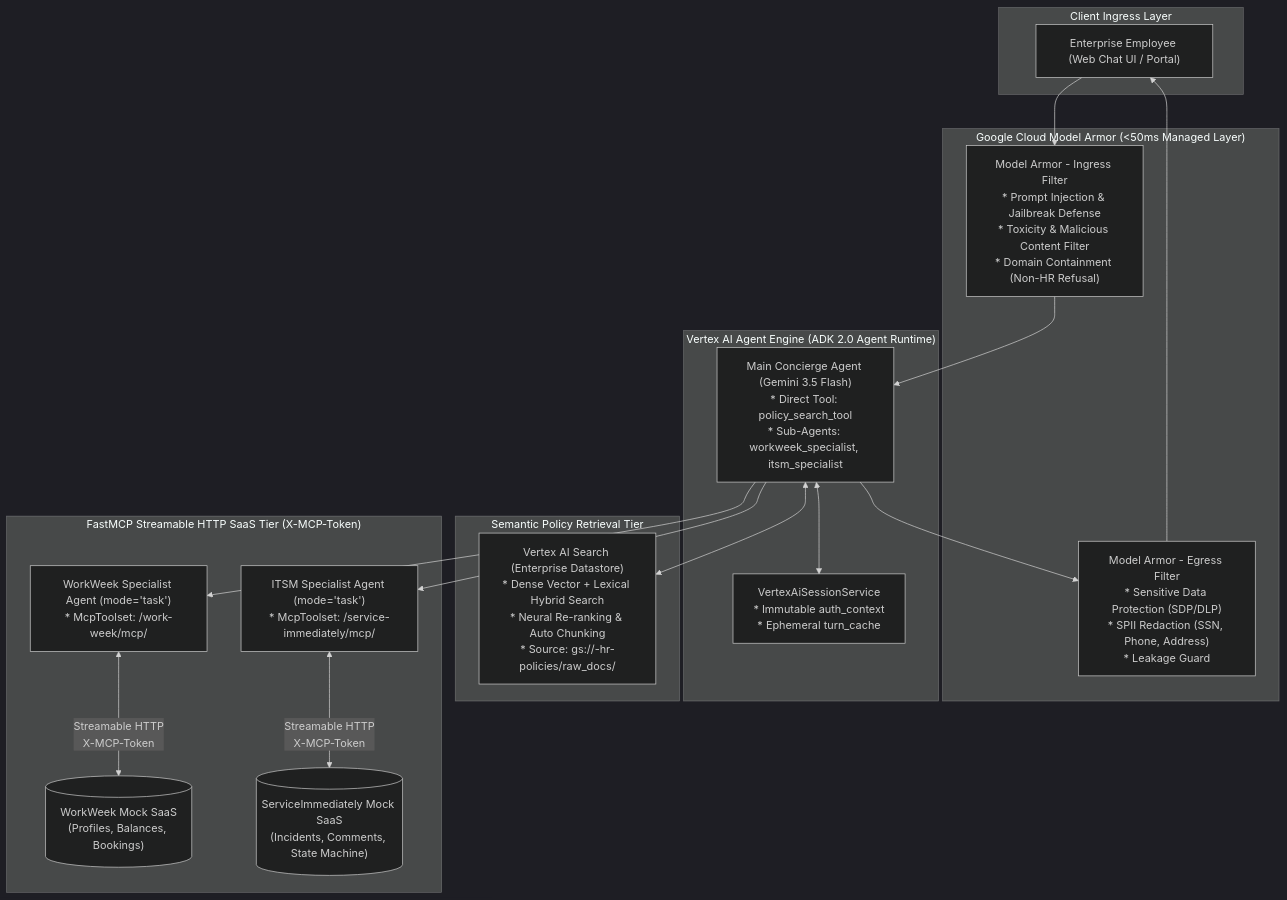
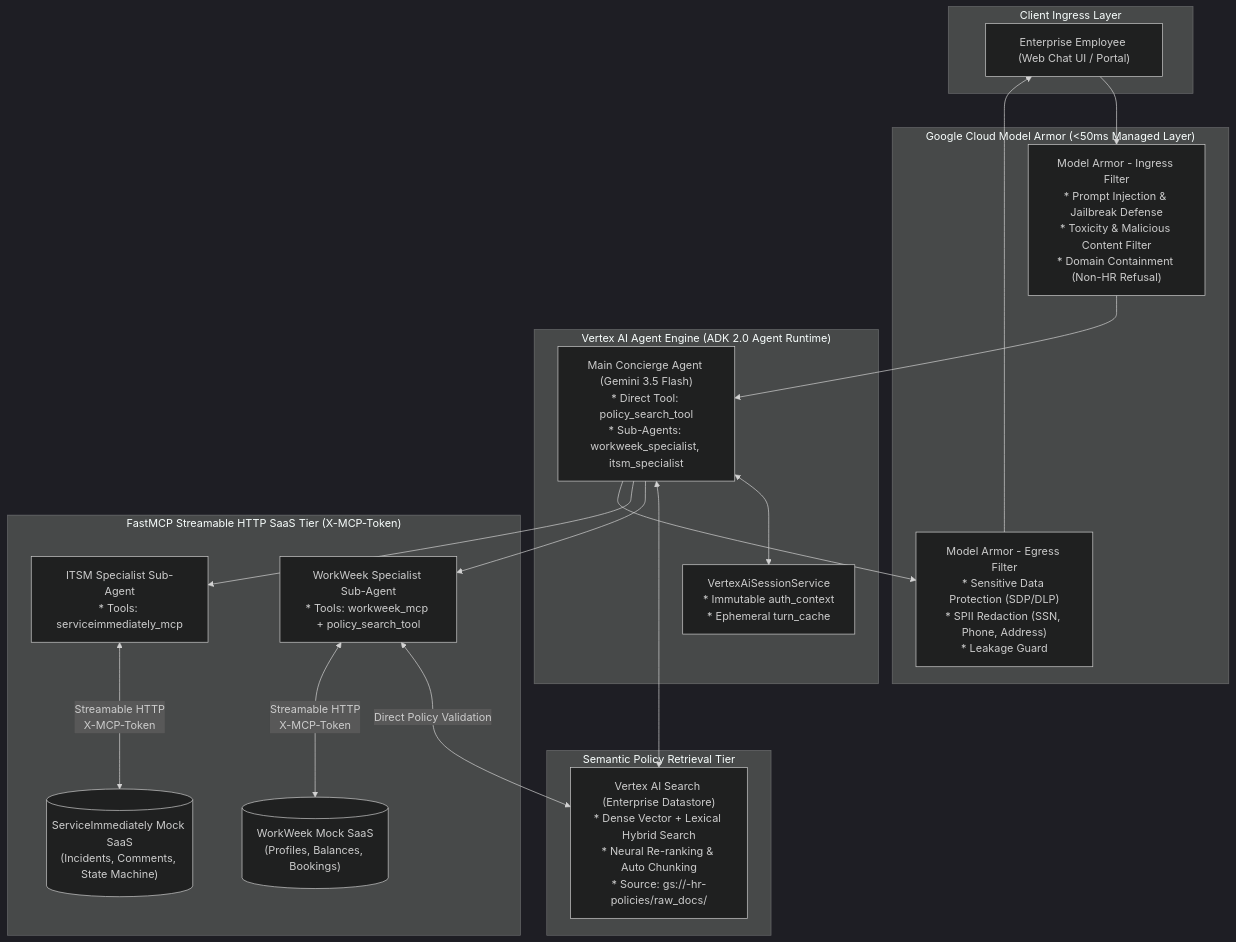
One commit to gungarg/elevate-hr-agent changed the diagram in docs/ARCHITECTURE.md. Above: the diagram before and after it, drawn with Mermaid (dark theme). The commit also changed other lines of this file and 5 other files, not shown here.

Commit message:
docs: align SDD Revision 5.0 with enterprise 10-section format, Option 2 autonomous specialist policy validation, and Vertex AI Search

````diff
--- a/docs/ARCHITECTURE.md
+++ b/docs/ARCHITECTURE.md
@@ -9,39 +9,40 @@
 ```mermaid
 flowchart TD
     subgraph ClientLayer ["Client Ingress Layer"]
         User["Enterprise Employee (Web Chat UI / Portal)"]
     end
 
     subgraph SecurityGuardrails ["Google Cloud Model Armor (<50ms Managed Layer)"]
         MA_Input["Model Armor - Ingress Filter\n* Prompt Injection & Jailbreak Defense\n* Toxicity & Malicious Content Filter\n* Domain Containment (Non-HR Refusal)"]
         MA_Output["Model Armor - Egress Filter\n* Sensitive Data Protection (SDP/DLP)\n* SPII Redaction (SSN, Phone, Address)\n* Leakage Guard"]
     end
 
     subgraph OrchestrationLayer ["Vertex AI Agent Engine (ADK 2.0 Agent Runtime)"]
         Concierge["Main Concierge Agent (Gemini 3.5 Flash)\n* Direct Tool: policy_search_tool\n* Sub-Agents: workweek_specialist, itsm_specialist"]
         SessionStore["VertexAiSessionService\n* Immutable auth_context\n* Ephemeral turn_cache"]
     end
 
     subgraph KnowledgeTier ["Semantic Policy Retrieval Tier"]
         VAS["Vertex AI Search (Enterprise Datastore)\n* Dense Vector + Lexical Hybrid Search\n* Neural Re-ranking & Auto Chunking\n* Source: gs://<project>-hr-policies/raw_docs/"]
     end
 
     subgraph FastMCPIntegrations ["FastMCP Streamable HTTP SaaS Tier (X-MCP-Token)"]
-        WW_Agent["WorkWeek Specialist Agent (mode='task')\n* McpToolset: /work-week/mcp/"]
-        ITSM_Agent["ITSM Specialist Agent (mode='task')\n* McpToolset: /service-immediately/mcp/"]
+        WW_Agent["WorkWeek Specialist Sub-Agent\n* Tools: workweek_mcp + policy_search_tool"]
+        ITSM_Agent["ITSM Specialist Sub-Agent\n* Tools: serviceimmediately_mcp"]
         
         WW_SaaS[("WorkWeek Mock SaaS\n(Profiles, Balances, Bookings)")]
         ITSM_SaaS[("ServiceImmediately Mock SaaS\n(Incidents, Comments, State Machine)")]
     end
 
     User --> MA_Input
     MA_Input --> Concierge
     Concierge <--> SessionStore
     Concierge <--> VAS
     Concierge --> WW_Agent
     Concierge --> ITSM_Agent
+    WW_Agent <-->|Direct Policy Validation| VAS
     WW_Agent <-->|Streamable HTTP\nX-MCP-Token| WW_SaaS
     ITSM_Agent <-->|Streamable HTTP\nX-MCP-Token| ITSM_SaaS
     Concierge --> MA_Output
     MA_Output --> User
 ```
````
